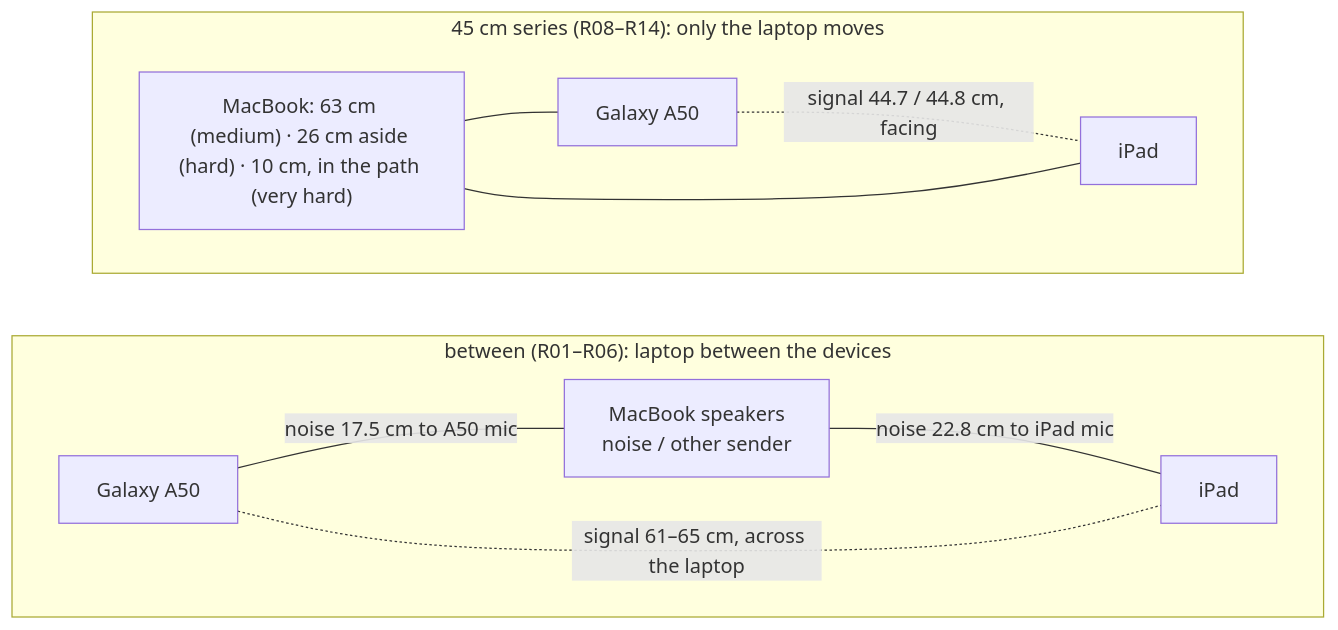
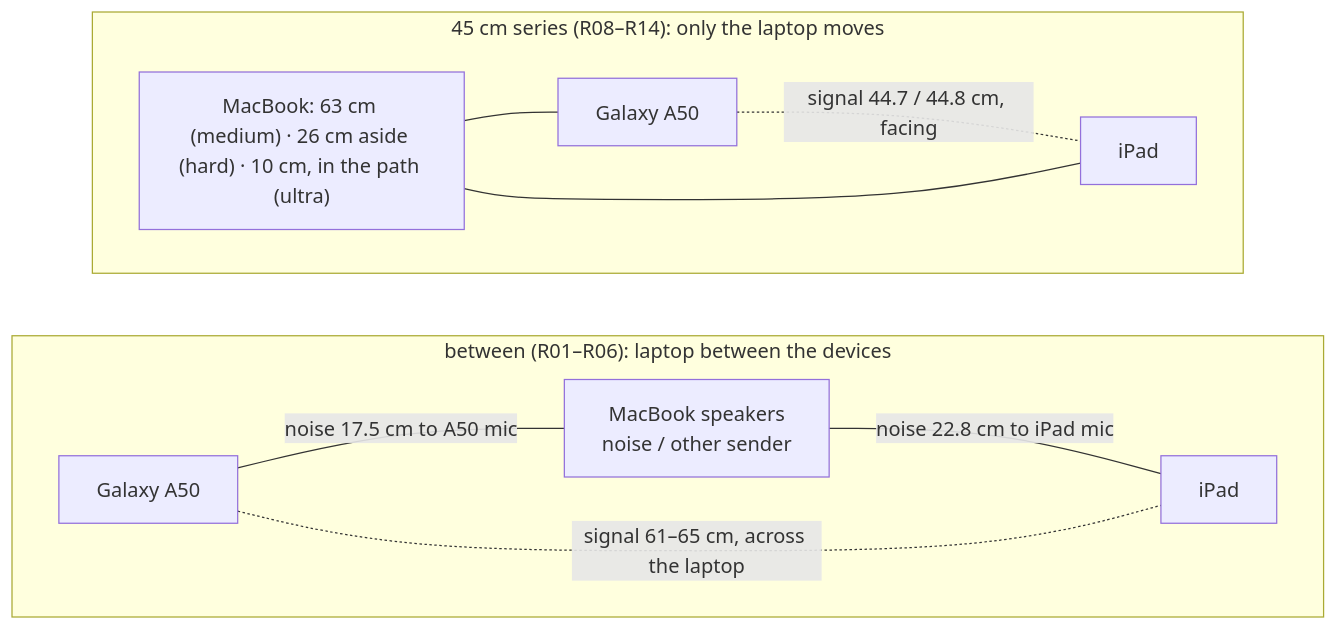
The diagram in field/README.md (beaglecoder/bysound), drawn with Mermaid before and after one commit. The commit also changed other lines of this file and 96 other files, not shown here.

````diff
--- a/field/README.md
+++ b/field/README.md
@@ -37,15 +37,15 @@
 ```mermaid
 flowchart LR
   subgraph L1["between (R01–R06): laptop between the devices"]
     direction LR
     a1["Galaxy A50"] ---|"noise 17.5 cm to A50 mic"| m1["MacBook speakers<br/>noise / other sender"]
     m1 ---|"noise 22.8 cm to iPad mic"| i1["iPad"]
     a1 -.-|"signal 61–65 cm, across the laptop"| i1
   end
   subgraph L2["45 cm series (R08–R14): only the laptop moves"]
     direction LR
     a2["Galaxy A50"] -.-|"signal 44.7 / 44.8 cm, facing"| i2["iPad"]
-    m2["MacBook: 63 cm (medium) · 26 cm aside (hard) · 10 cm, in the path (very hard)"] --- a2
+    m2["MacBook: 63 cm (medium) · 26 cm aside (hard) · 10 cm, in the path (ultra)"] --- a2
     m2 --- i2
   end
 ```
````
